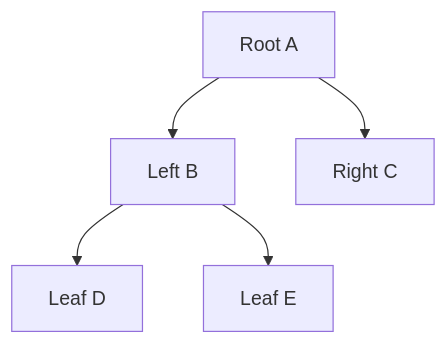
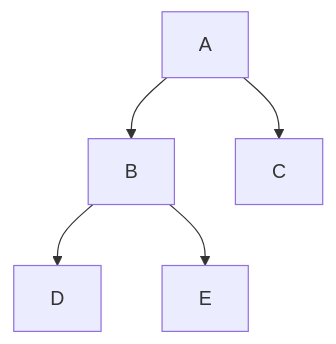
Before and after one commit to MarcellaHarr/study-guides-and-notes: the first of 3 diagrams in Project/courseC949.qmd, drawn with Mermaid. The commit also changed other lines of this file, not shown here.

Commit message:
Change mermaid graph to flowchart for the courseC949.qmd file

````diff
--- a/Project/courseC949.qmd
+++ b/Project/courseC949.qmd
@@ -2303,7 +2303,7 @@
 ```{mermaid treeNLR}
-graph TD
-  A["Root A"] --> B["Left B"]
-  A --> C["Right C"]
-  B --> D["Leaf D"]
-  B --> E["Leaf E"]
+flowchart TB
+  A --> B
+  A --> C
+  B --> D
+  B --> E
 ```
````
